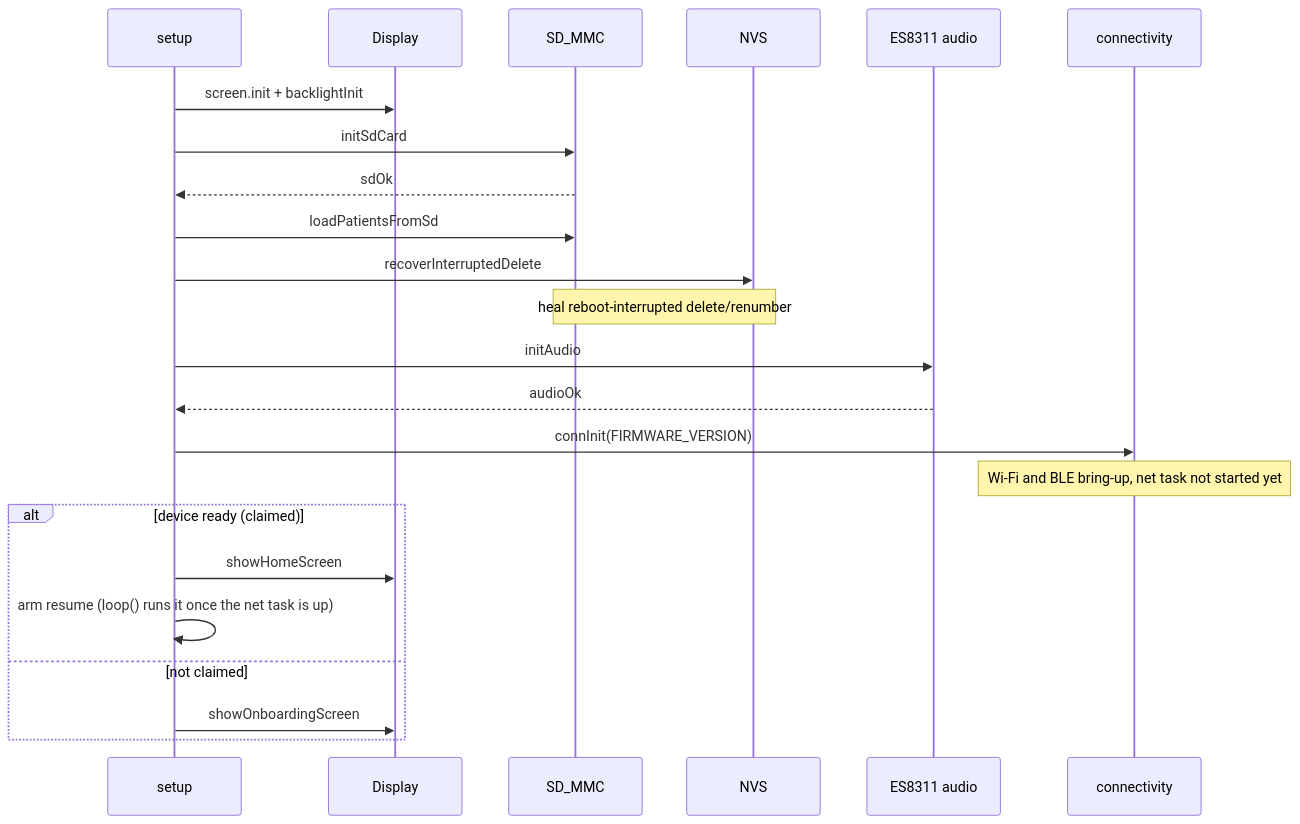
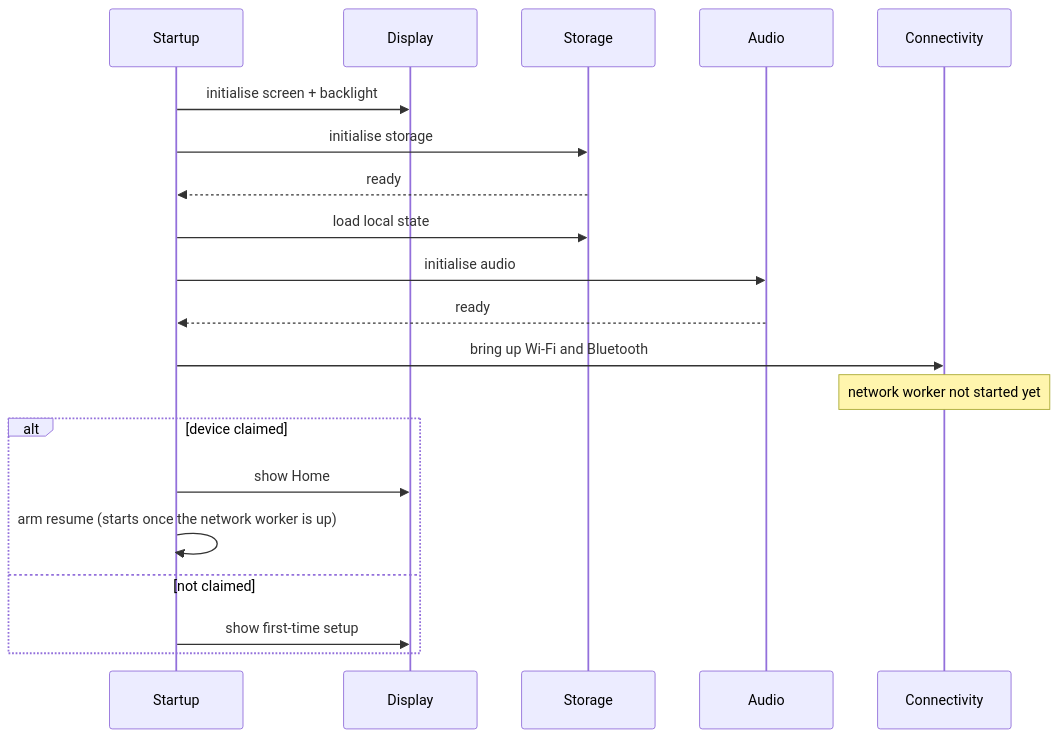
One commit to Longcao24/sate-companion changed the second of 7 diagrams in docs-site/docs/guides/recorder.md. Above: the diagram before and after it, drawn with Mermaid. The commit also changed other lines of this file and 17 other files, not shown here.

First line of the commit message:
docs-site: generalize published docs + add system-overview diagram

````diff
--- a/docs-site/docs/guides/recorder.md
+++ b/docs-site/docs/guides/recorder.md
@@ -92,25 +78,22 @@
 ```mermaid
 sequenceDiagram
-    participant S as setup
+    participant S as Startup
     participant D as Display
-    participant SD as SD_MMC
-    participant NVS as NVS
-    participant A as ES8311 audio
-    participant C as connectivity
-    S->>D: screen.init + backlightInit
-    S->>SD: initSdCard
-    SD-->>S: sdOk
-    S->>SD: loadPatientsFromSd
-    S->>NVS: recoverInterruptedDelete
-    Note over NVS,SD: heal reboot-interrupted delete/renumber
-    S->>A: initAudio
-    A-->>S: audioOk
-    S->>C: connInit(FIRMWARE_VERSION)
-    Note over C: Wi-Fi and BLE bring-up, net task not started yet
-    alt device ready (claimed)
-        S->>D: showHomeScreen
-        S->>S: arm resume (loop() runs it once the net task is up)
+    participant SD as Storage
+    participant A as Audio
+    participant C as Connectivity
+    S->>D: initialise screen + backlight
+    S->>SD: initialise storage
+    SD-->>S: ready
+    S->>SD: load local state
+    S->>A: initialise audio
+    A-->>S: ready
+    S->>C: bring up Wi-Fi and Bluetooth
+    Note over C: network worker not started yet
+    alt device claimed
+        S->>D: show Home
+        S->>S: arm resume (starts once the network worker is up)
     else not claimed
-        S->>D: showOnboardingScreen
+        S->>D: show first-time setup
     end
 ```
````
